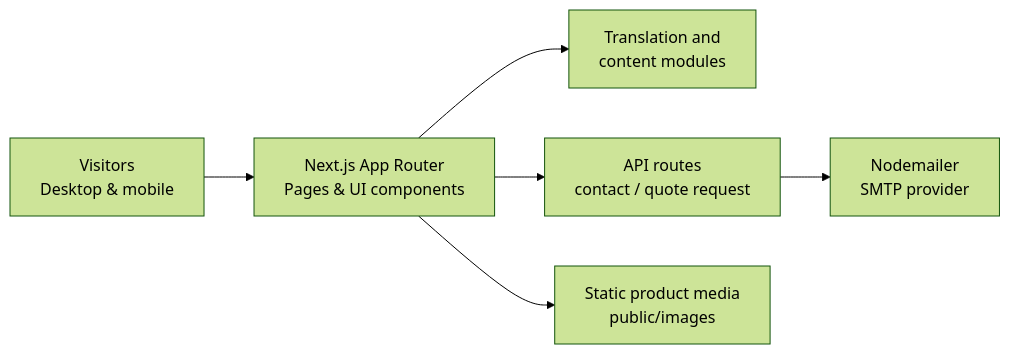
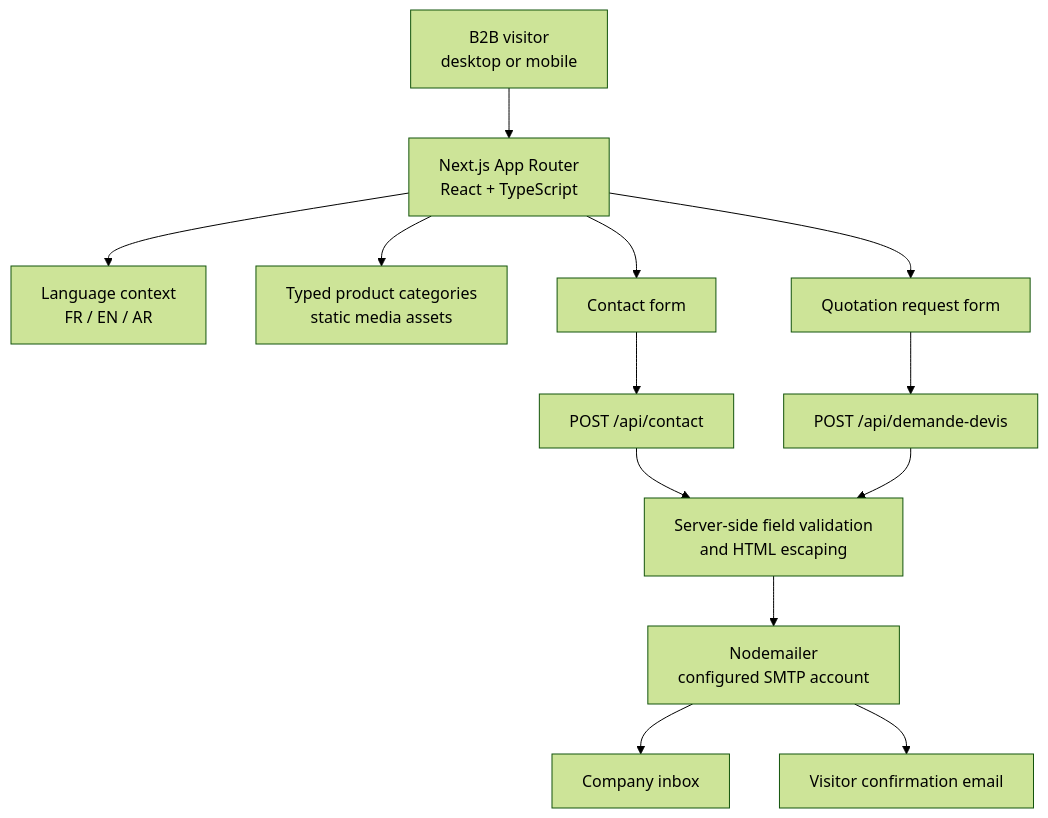
The diagram in README.md (Edam-laa/afrigate-site), drawn with Mermaid (forest theme) before and after one commit. The commit also changed other lines of this file, not shown here.

Commit message:
Reframe Afrigate portfolio README with verified Next.js capabilities, architecture and security limits

````diff
--- a/README.md
+++ b/README.md
@@ -20,8 +38,15 @@
 ```mermaid
-flowchart LR
-    V["Visitors<br/>Desktop & mobile"] --> N["Next.js App Router<br/>Pages & UI components"]
-    N --> I["Translation and<br/>content modules"]
-    N --> A["API routes<br/>contact / quote request"]
-    A --> E["Nodemailer<br/>SMTP provider"]
-    N --> M["Static product media<br/>public/images"]
+flowchart TD
+    USER["B2B visitor<br/>desktop or mobile"] --> UI["Next.js App Router<br/>React + TypeScript"]
+    UI --> I18N["Language context<br/>FR / EN / AR"]
+    UI --> CONTENT["Typed product categories<br/>static media assets"]
+    UI --> CONTACT["Contact form"]
+    UI --> QUOTE["Quotation request form"]
+    CONTACT --> API1["POST /api/contact"]
+    QUOTE --> API2["POST /api/demande-devis"]
+    API1 --> VALID["Server-side field validation<br/>and HTML escaping"]
+    API2 --> VALID
+    VALID --> SMTP["Nodemailer<br/>configured SMTP account"]
+    SMTP --> TEAM["Company inbox"]
+    SMTP --> CLIENT["Visitor confirmation email"]
 ```
````
